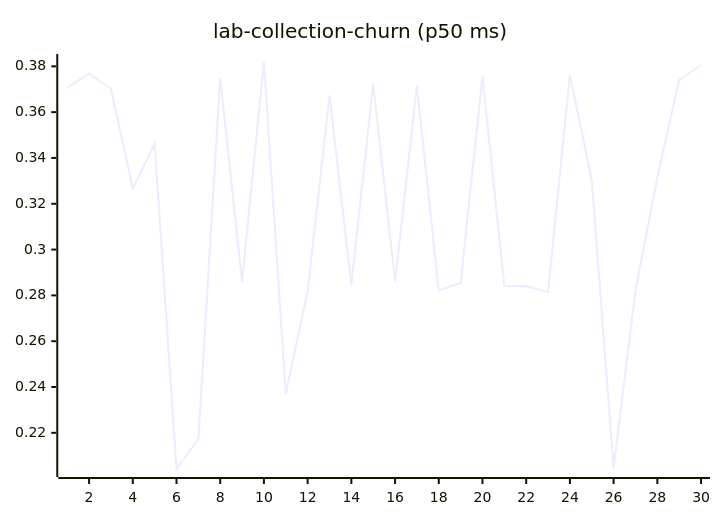
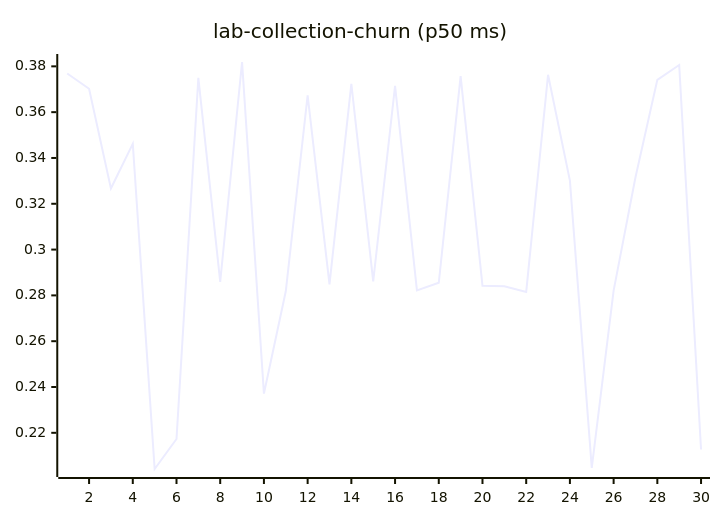
One commit to josha/Facet changed diagram 11 of 27 in README.md. Above: the diagram before and after it, drawn with Mermaid. The commit also changed other lines of this file and 2 other files, not shown here.

````diff
--- a/README.md
+++ b/README.md
@@ -133,6 +133,6 @@
 ```mermaid
 xychart-beta
     title "lab-collection-churn (p50 ms)"
     x-axis 1 --> 30
-    line [0.3706, 0.3769, 0.3702, 0.3267, 0.3462, 0.2042, 0.2173, 0.3750, 0.2859, 0.3819, 0.2371, 0.2818, 0.3673, 0.2848, 0.3724, 0.2861, 0.3715, 0.2822, 0.2855, 0.3757, 0.2842, 0.2840, 0.2815, 0.3763, 0.3301, 0.2047, 0.2821, 0.3316, 0.3741, 0.3806]
+    line [0.3769, 0.3702, 0.3267, 0.3462, 0.2042, 0.2173, 0.3750, 0.2859, 0.3819, 0.2371, 0.2818, 0.3673, 0.2848, 0.3724, 0.2861, 0.3715, 0.2822, 0.2855, 0.3757, 0.2842, 0.2840, 0.2815, 0.3763, 0.3301, 0.2047, 0.2821, 0.3316, 0.3741, 0.3806, 0.2127]
 ```
````
